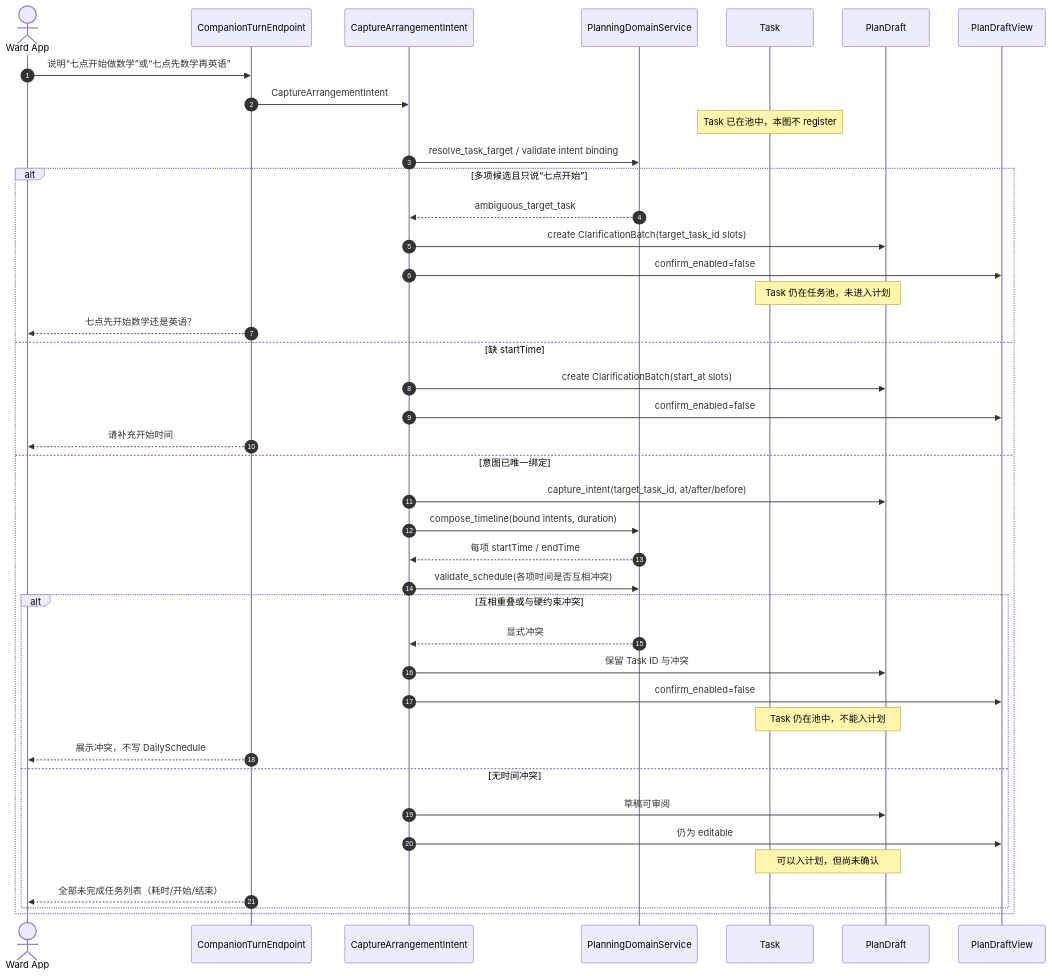
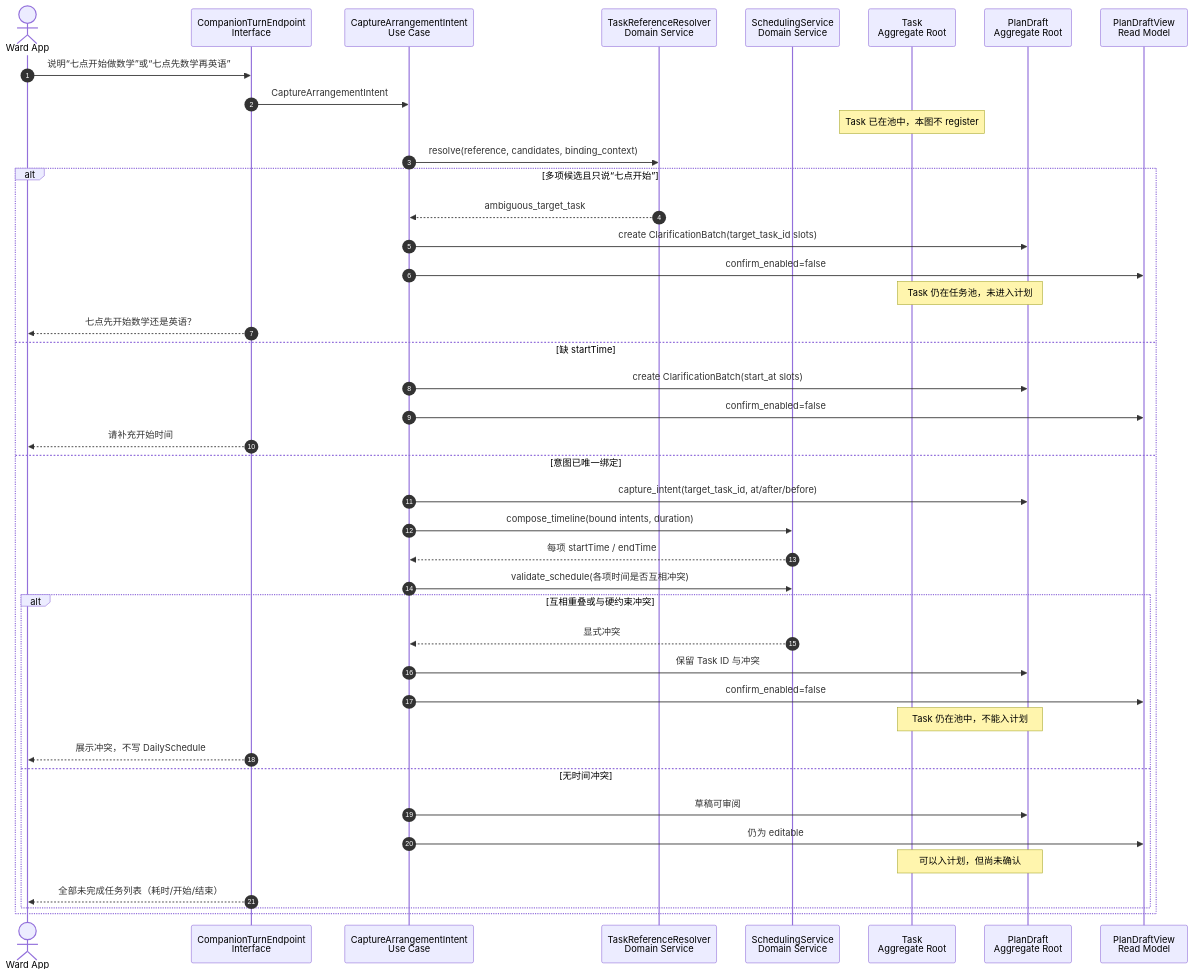
The seventh of 10 diagrams in docs/technical/domain-planning.md (johanchow/duxue), drawn with Mermaid before and after one commit. The commit also changed other lines of this file, not shown here.

````diff
--- a/docs/technical/domain-planning.md
+++ b/docs/technical/domain-planning.md
@@ -206,44 +304,45 @@
 ```mermaid
 sequenceDiagram
     autonumber
     actor W as Ward App
-    participant I as CompanionTurnEndpoint
-    participant U as CaptureArrangementIntent
-    participant S as PlanningDomainService
-    participant T as Task
-    participant P as PlanDraft
-    participant R as PlanDraftView
+    participant I as CompanionTurnEndpoint<br/>Interface
+    participant U as CaptureArrangementIntent<br/>Use Case
+    participant B as TaskReferenceResolver<br/>Domain Service
+    participant S as SchedulingService<br/>Domain Service
+    participant T as Task<br/>Aggregate Root
+    participant P as PlanDraft<br/>Aggregate Root
+    participant R as PlanDraftView<br/>Read Model
 
     W->>I: 说明“七点开始做数学”或“七点先数学再英语”
     I->>U: CaptureArrangementIntent
     Note over T: Task 已在池中，本图不 register
-    U->>S: resolve_task_target / validate intent binding
+    U->>B: resolve(reference, candidates, binding_context)
     alt 多项候选且只说“七点开始”
-        S-->>U: ambiguous_target_task
+        B-->>U: ambiguous_target_task
         U->>P: create ClarificationBatch(target_task_id slots)
         U->>R: confirm_enabled=false
         Note over T,P: Task 仍在任务池，未进入计划
         I-->>W: 七点先开始数学还是英语？
     else 缺 startTime
         U->>P: create ClarificationBatch(start_at slots)
         U->>R: confirm_enabled=false
         I-->>W: 请补充开始时间
     else 意图已唯一绑定
         U->>P: capture_intent(target_task_id, at/after/before)
         U->>S: compose_timeline(bound intents, duration)
         S-->>U: 每项 startTime / endTime
         U->>S: validate_schedule(各项时间是否互相冲突)
         alt 互相重叠或与硬约束冲突
             S-->>U: 显式冲突
             U->>P: 保留 Task ID 与冲突
             U->>R: confirm_enabled=false
             Note over T,P: Task 仍在池中，不能入计划
             I-->>W: 展示冲突，不写 DailySchedule
         else 无时间冲突
             U->>P: 草稿可审阅
             U->>R: 仍为 editable
             Note over T,P: 可以入计划，但尚未确认
             I-->>W: 全部未完成任务列表（耗时/开始/结束）
         end
     end
 ```
````
